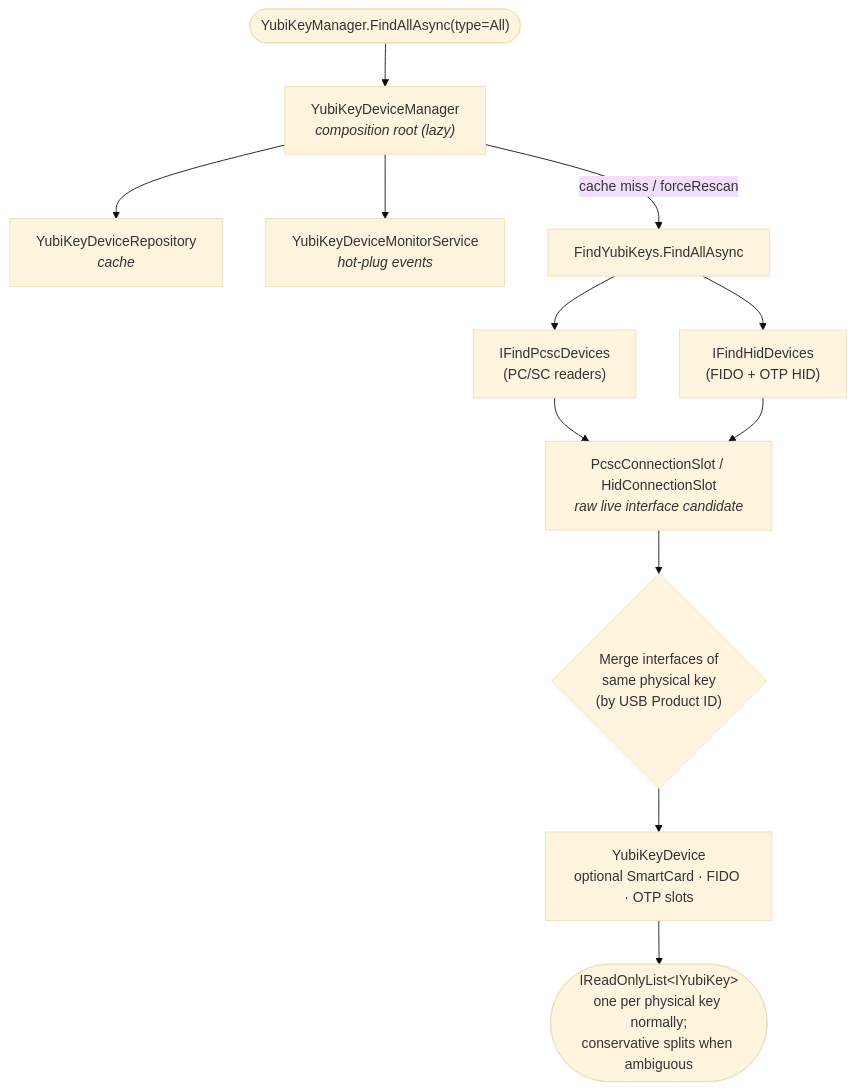
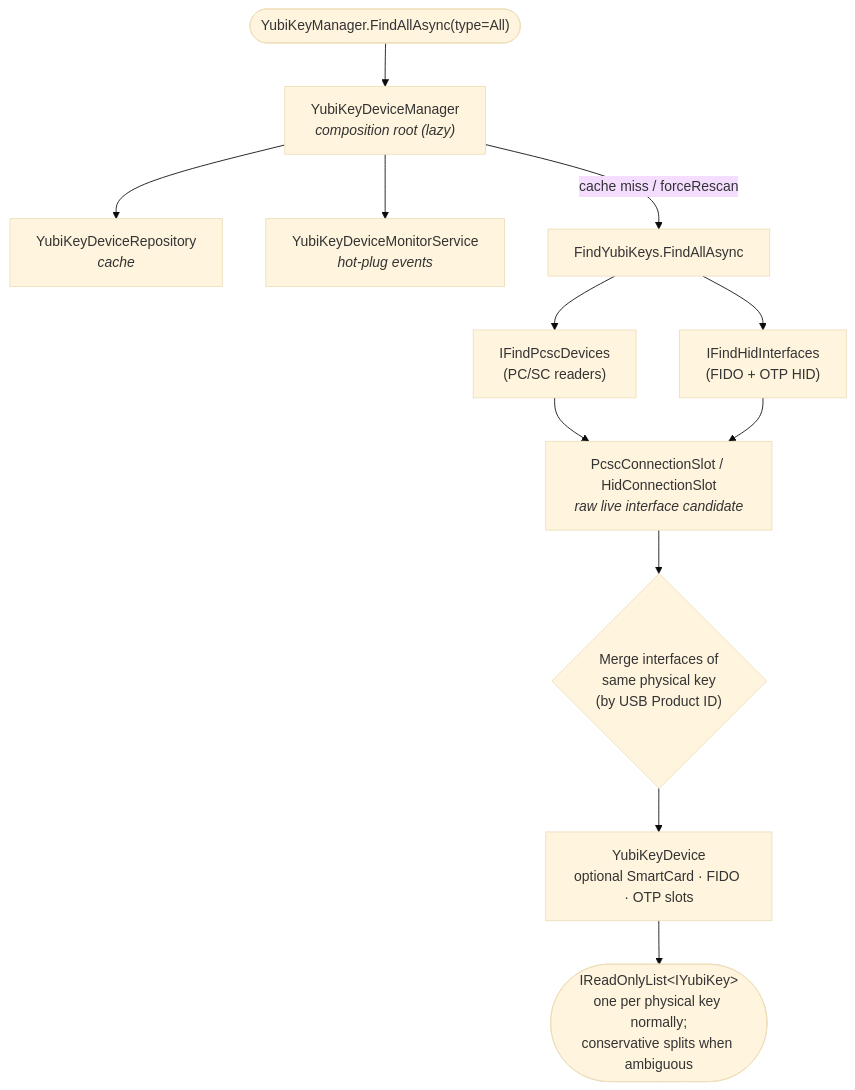
Before and after one commit to Yubico/Yubico.NET.SDK: the sixth of 7 diagrams in docs/architecture/sdk-architecture-diagrams.md, drawn with Mermaid (base theme). The commit also changed 54 other files, not shown here.

First line of the commit message:
refactor(core)!: distinguish HID interfaces from native report access

````diff
--- a/docs/architecture/sdk-architecture-diagrams.md
+++ b/docs/architecture/sdk-architecture-diagrams.md
@@ -287,29 +287,29 @@
 ```mermaid
 flowchart TD
     Start(["YubiKeyManager.FindAllAsync(type=All)"])
     Mgr["YubiKeyDeviceManager<br/><i>composition root (lazy)</i>"]
     Repo["YubiKeyDeviceRepository<br/><i>cache</i>"]
     Mon["YubiKeyDeviceMonitorService<br/><i>hot-plug events</i>"]
     Find["FindYubiKeys.FindAllAsync"]
 
     FPcsc["IFindPcscDevices<br/>(PC/SC readers)"]
-    FHid["IFindHidDevices<br/>(FIDO + OTP HID)"]
+    FHid["IFindHidInterfaces<br/>(FIDO + OTP HID)"]
     Merge{"Merge interfaces of<br/>same physical key<br/>(by USB Product ID)"}
 
     Slot["PcscConnectionSlot / HidConnectionSlot<br/><i>raw live interface candidate</i>"]
     Flat["YubiKeyDevice<br/>optional SmartCard · FIDO · OTP slots"]
 
     Result(["IReadOnlyList&lt;IYubiKey&gt;<br/>one per physical key normally;<br/>conservative splits when ambiguous"])
 
     Start --> Mgr
     Mgr --> Repo
     Mgr --> Mon
     Mgr -->|cache miss / forceRescan| Find
     Find --> FPcsc
     Find --> FHid
     FPcsc --> Slot
     FHid --> Slot
     Slot --> Merge
     Merge --> Flat
     Flat --> Result
 ```
````
